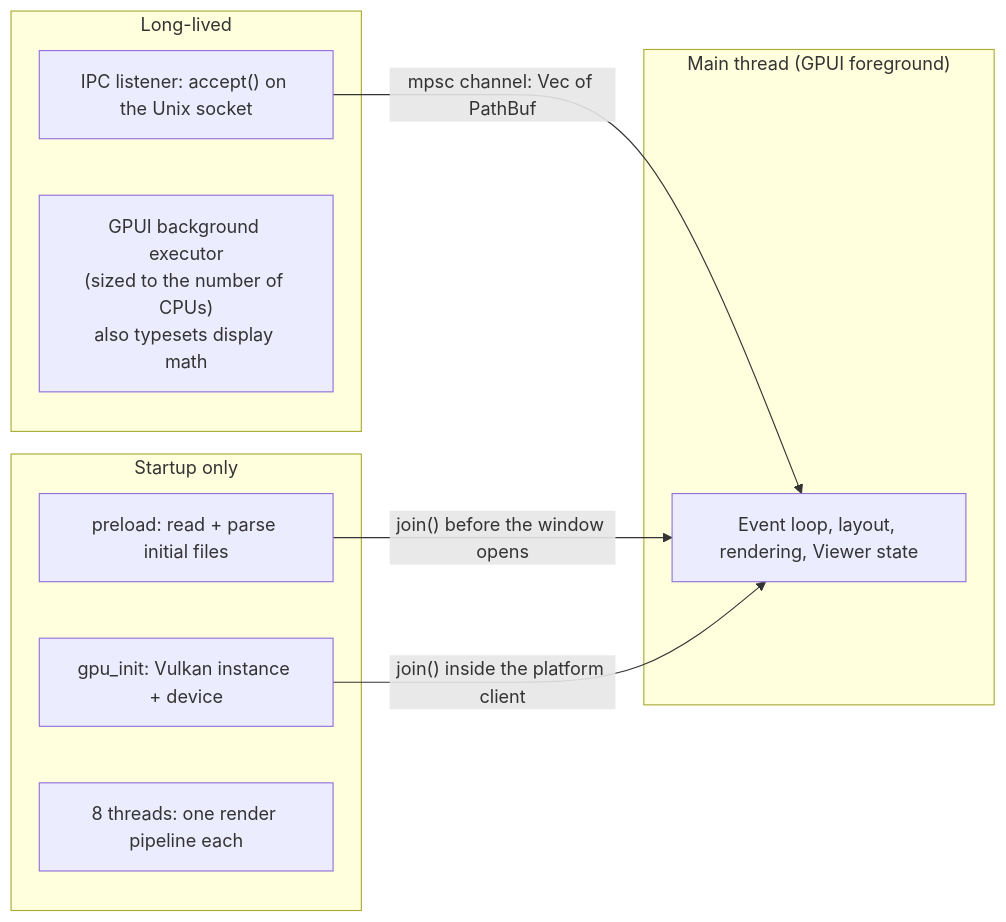
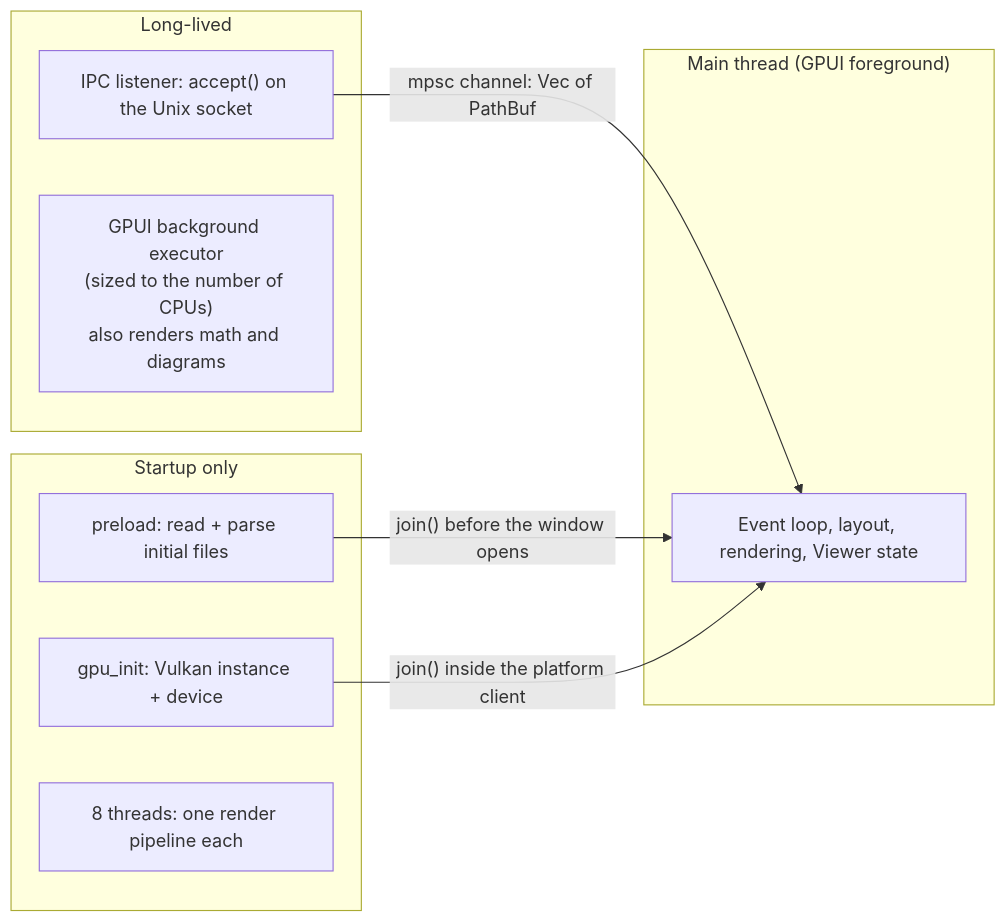
One commit to JorgeAgar/markdown-viewer-zed changed the fourth of 5 diagrams in docs/architecture.md. Above: the diagram before and after it, drawn with Mermaid. The commit also changed other lines of this file and 11 other files, not shown here.

````diff
--- a/docs/architecture.md
+++ b/docs/architecture.md
@@ -144,18 +147,18 @@
 ```mermaid
 flowchart LR
     subgraph Main["Main thread (GPUI foreground)"]
         UI["Event loop, layout, rendering, Viewer state"]
     end
     subgraph Startup["Startup only"]
         P["preload: read + parse initial files"]
         G["gpu_init: Vulkan instance + device"]
         PL["8 threads: one render pipeline each"]
     end
     subgraph Long["Long-lived"]
         IPC["IPC listener: accept() on the Unix socket"]
-        BG["GPUI background executor<br/>(sized to the number of CPUs)<br/>also typesets display math"]
+        BG["GPUI background executor<br/>(sized to the number of CPUs)<br/>also renders math and diagrams"]
     end
     IPC -->|"mpsc channel: Vec of PathBuf"| UI
     P -->|"join() before the window opens"| UI
     G -->|"join() inside the platform client"| UI
 ```
````
